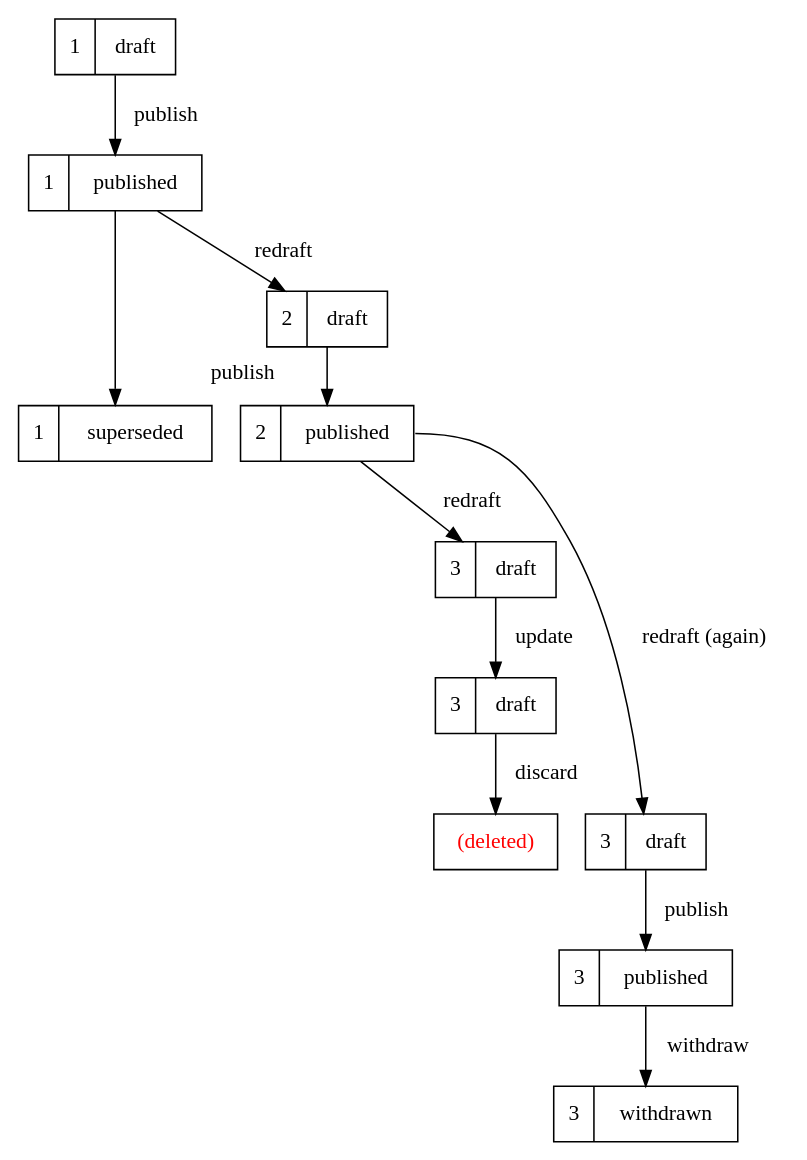
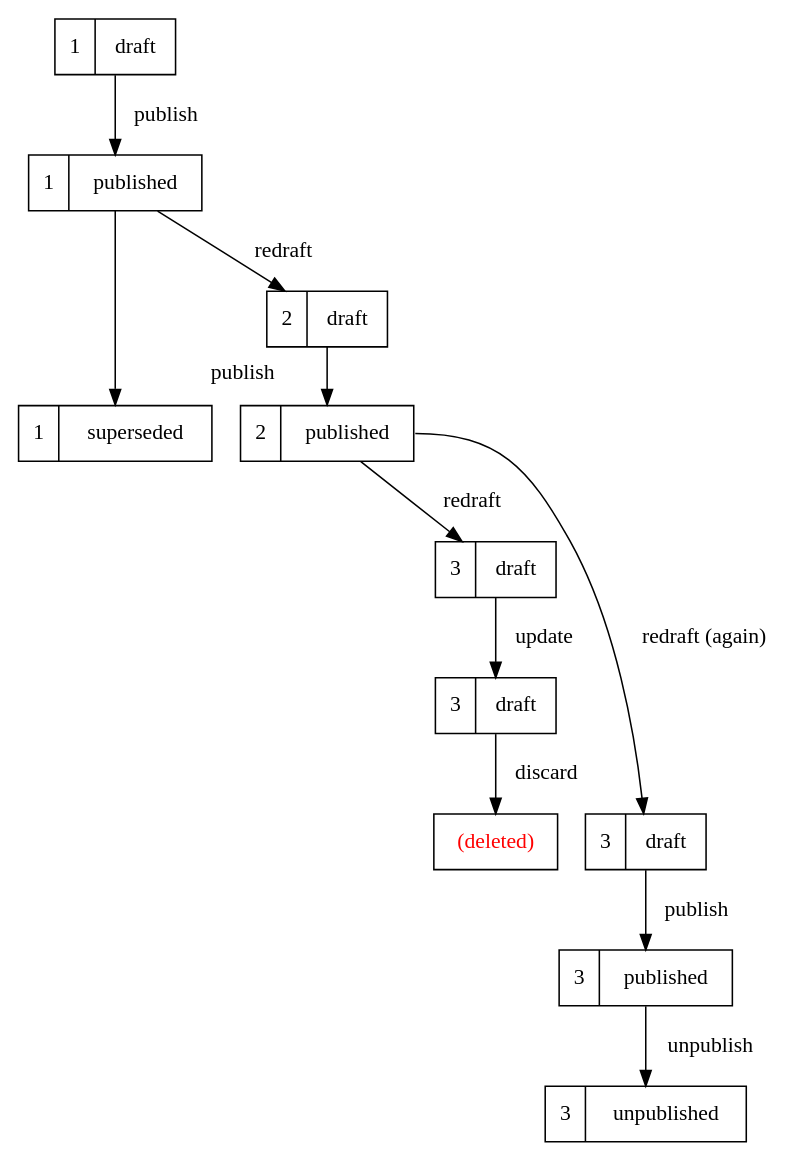
The diagram in doc/object-model-explanation/workflow.dot (alphagov/publishing-api), drawn with Graphviz before and after one commit. The commit also changed 14 other files, not shown here.

Commit message:
Rename "withdraw/n/al/ing" to "unpublish/ed/ing/ing in code.

```diff
--- a/doc/object-model-explanation/workflow.dot
+++ b/doc/object-model-explanation/workflow.dot
@@ -1,32 +1,32 @@
 digraph G {
   node [shape=record]
 
   draft_1[label="1 | draft", group="1"]
   published_1[label="1 | published", group="1"]
   superseded_1[label="1 | superseded", group="1"]
   draft_2[label="2 | draft", group="2"]
   published_2[label="2 | published", group="2"]
   invis_2[label="3 | invisible", style="invis", group="2"]
   draft_3a[label="3 | draft", group="3"]
   draft_3b[label="3 | draft", group="3"]
   discarded_3[label="(deleted)", group="3", fontcolor="red"]
   draft_4[label="3 | draft", group="4"]
   published_4[label="3 | published", group="4"]
-  withdrawn_4[label="3 | withdrawn", group="4"]
+  unpublished_4[label="3 | unpublished", group="4"]
 
   draft_1 -> published_1[label="  publish"]
   published_1 -> superseded_1
   published_1 -> draft_2[label="  redraft"]
   draft_2 -> published_2[headlabel="  publish", labeldistance=6, labelangle=70]
   published_2 -> invis_2[style=invis]
   published_2 -> draft_3a[label="  redraft"]
   draft_3a -> draft_3b[label="  update"]
   draft_3b -> discarded_3[label="  discard"]
   published_2:e -> draft_4[label="  redraft (again)"]
   draft_4 -> published_4[label="  publish"]
-  published_4 -> withdrawn_4[label="  withdraw"]
+  published_4 -> unpublished_4[label="  unpublish"]
 
 
   { rank=same; superseded_1; published_2 }
   { rank=same; discarded_3; draft_4 }
 }
```
